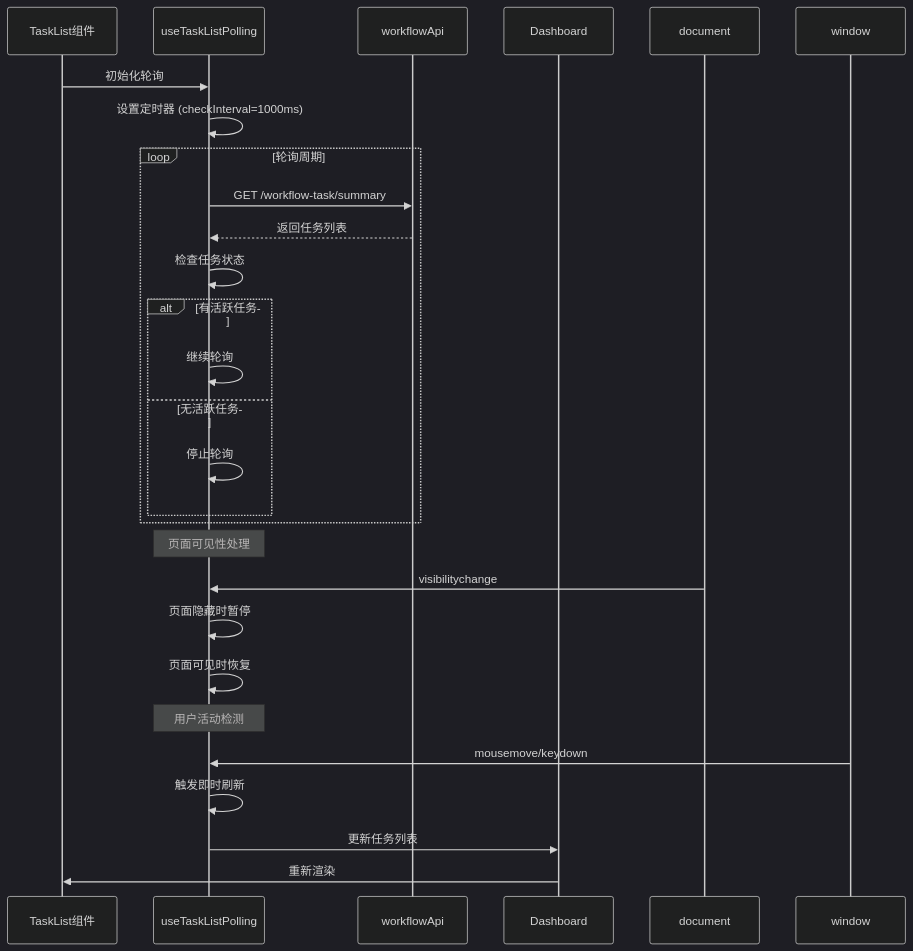
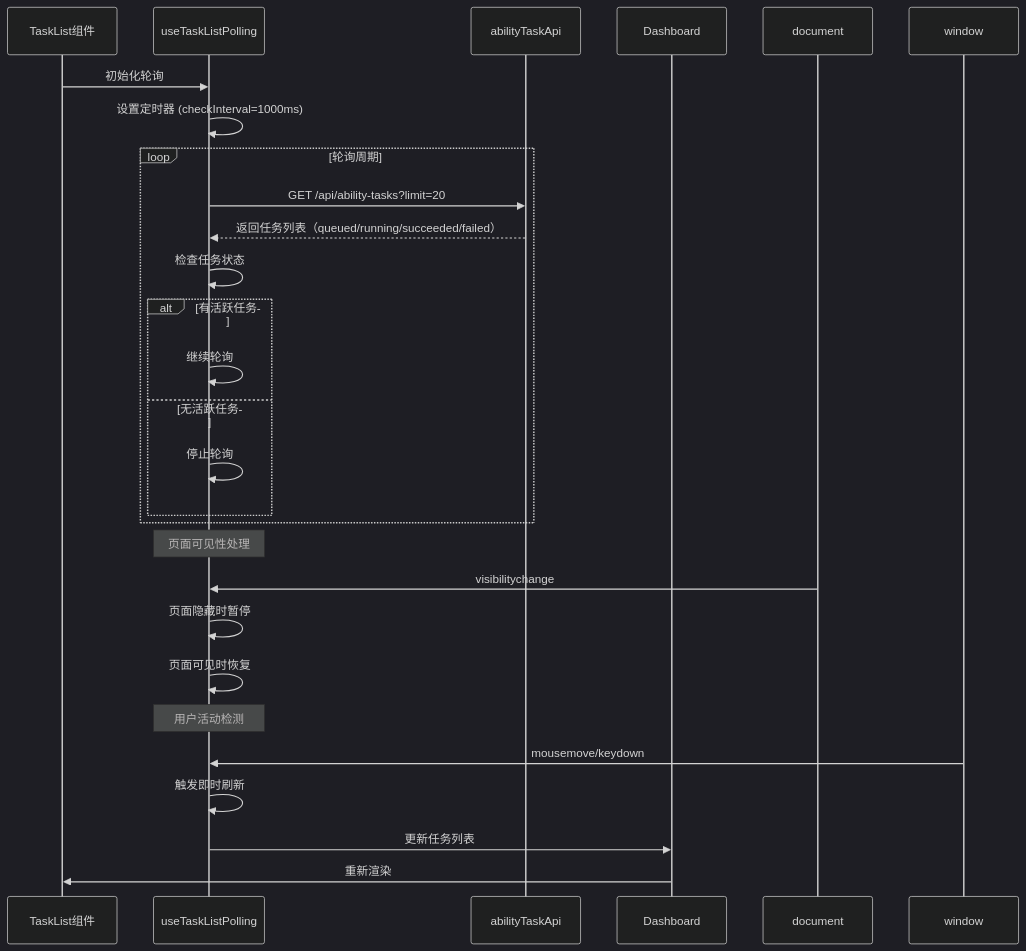
Before and after one commit to zhangx1234994/POD_AI: the fourth of 5 diagrams in docs/COMPONENT_INTERACTIONS.md, drawn with Mermaid (dark theme). The commit also changed other lines of this file and 37 other files, not shown here.

````diff
--- a/docs/COMPONENT_INTERACTIONS.md
+++ b/docs/COMPONENT_INTERACTIONS.md
@@ -183,34 +188,34 @@
 ```mermaid
 sequenceDiagram
     participant T as TaskList组件
     participant H as useTaskListPolling
-    participant W as workflowApi
+    participant W as abilityTaskApi
     participant D as Dashboard
 
     T->>H: 初始化轮询
     H->>H: 设置定时器 (checkInterval=1000ms)
 
     loop 轮询周期
-        H->>W: GET /workflow-task/summary
-        W-->>H: 返回任务列表
+        H->>W: GET /api/ability-tasks?limit=20
+        W-->>H: 返回任务列表（queued/running/succeeded/failed）
 
         H->>H: 检查任务状态
         alt 有活跃任务
             H->>H: 继续轮询
         else 无活跃任务
             H->>H: 停止轮询
         end
     end
 
     Note over H: 页面可见性处理
     document->>H: visibilitychange
     H->>H: 页面隐藏时暂停
     H->>H: 页面可见时恢复
 
     Note over H: 用户活动检测
     window->>H: mousemove/keydown
     H->>H: 触发即时刷新
 
     H->>D: 更新任务列表
     D->>T: 重新渲染
 ```
````
